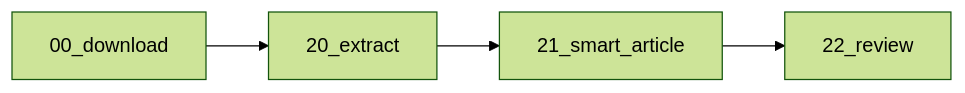
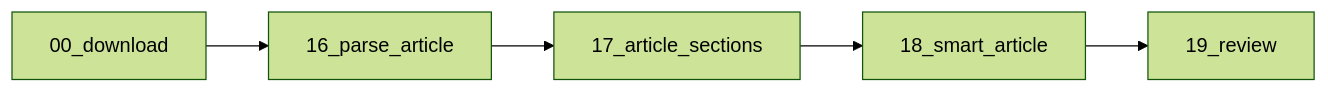
The seventh of 9 diagrams in docs/01-architecture.md (Gwzlchn/Flori), drawn with Mermaid (forest theme) before and after one commit. The commit also changed other lines of this file and 28 other files, not shown here.

````diff
--- a/docs/01-architecture.md
+++ b/docs/01-architecture.md
@@ -221,4 +214,4 @@
 ```mermaid
 graph LR
-    dl_a["00_download"] --> extract["20_extract"] --> smart_a["21_smart_article"] --> review_a["22_review"]
+    dl_a["00_download"] --> parse_a["16_parse_article"] --> sections_a["17_article_sections"] --> smart_a["18_smart_article"] --> review_a["19_review"]
 ```
````
